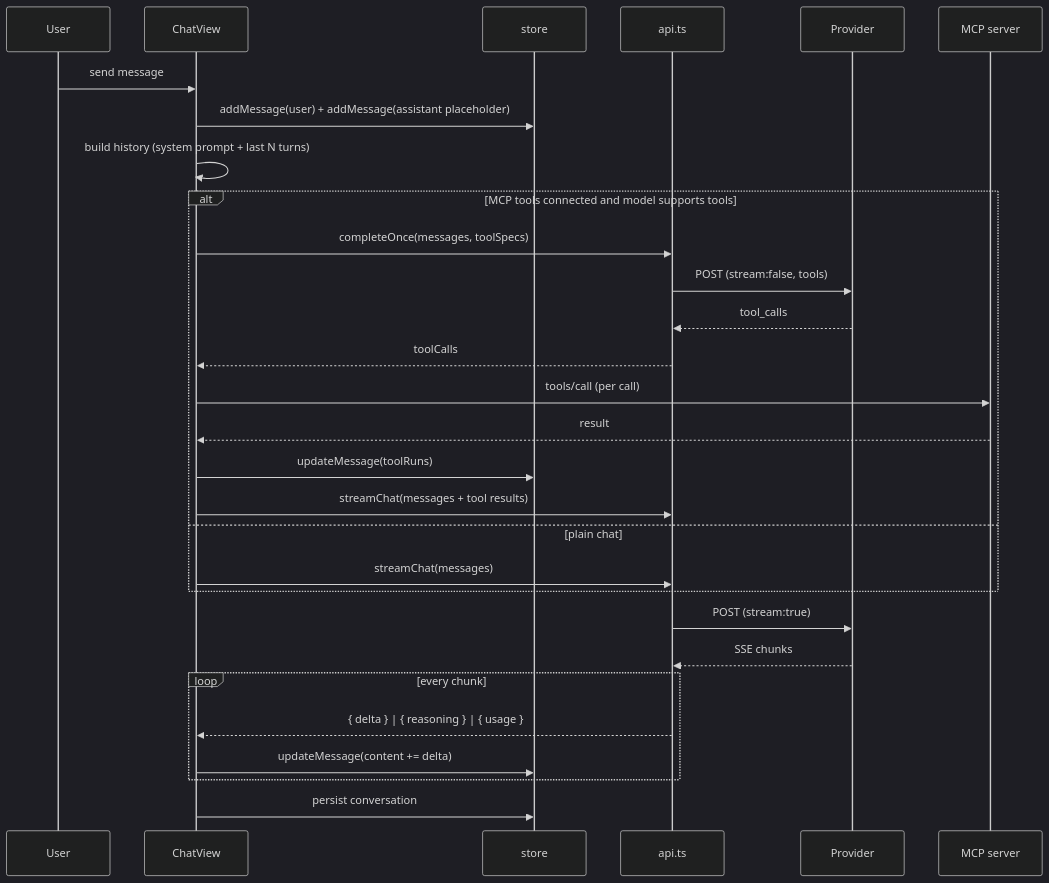
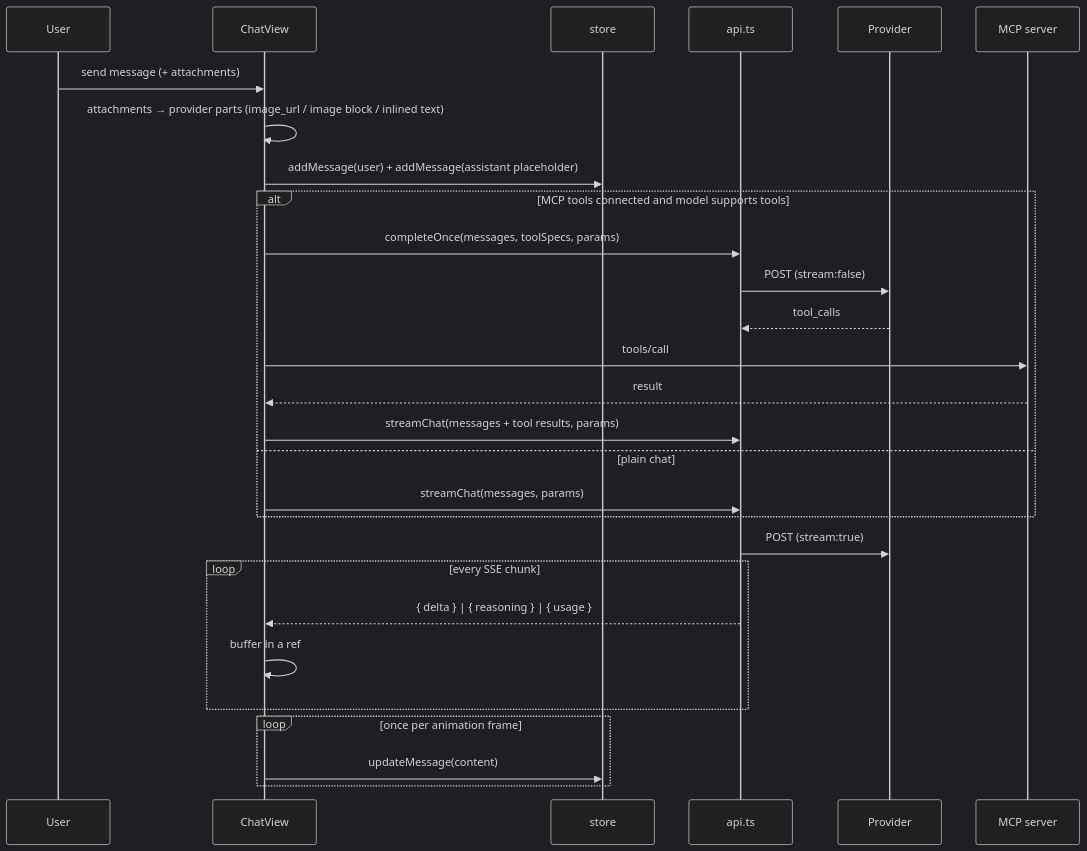
Before and after one commit to Sameer336s/sarvam-studio: the diagram in docs/ARCHITECTURE.md, drawn with Mermaid (dark theme). The commit also changed other lines of this file and 22 other files, not shown here.

````diff
--- a/docs/ARCHITECTURE.md
+++ b/docs/ARCHITECTURE.md
@@ -74,32 +79,31 @@
 ```mermaid
 sequenceDiagram
   participant U as User
   participant C as ChatView
   participant S as store
   participant A as api.ts
   participant P as Provider
   participant M as MCP server
 
-  U->>C: send message
+  U->>C: send message (+ attachments)
+  C->>C: attachments → provider parts (image_url / image block / inlined text)
   C->>S: addMessage(user) + addMessage(assistant placeholder)
-  C->>C: build history (system prompt + last N turns)
   alt MCP tools connected and model supports tools
-    C->>A: completeOnce(messages, toolSpecs)
-    A->>P: POST (stream:false, tools)
+    C->>A: completeOnce(messages, toolSpecs, params)
+    A->>P: POST (stream:false)
     P-->>A: tool_calls
-    A-->>C: toolCalls
-    C->>M: tools/call (per call)
+    C->>M: tools/call
     M-->>C: result
-    C->>S: updateMessage(toolRuns)
-    C->>A: streamChat(messages + tool results)
+    C->>A: streamChat(messages + tool results, params)
   else plain chat
-    C->>A: streamChat(messages)
+    C->>A: streamChat(messages, params)
   end
   A->>P: POST (stream:true)
-  P-->>A: SSE chunks
-  loop every chunk
+  loop every SSE chunk
     A-->>C: { delta } | { reasoning } | { usage }
-    C->>S: updateMessage(content += delta)
+    C->>C: buffer in a ref
   end
-  C->>S: persist conversation
+  loop once per animation frame
+    C->>S: updateMessage(content)
+  end
 ```
````
